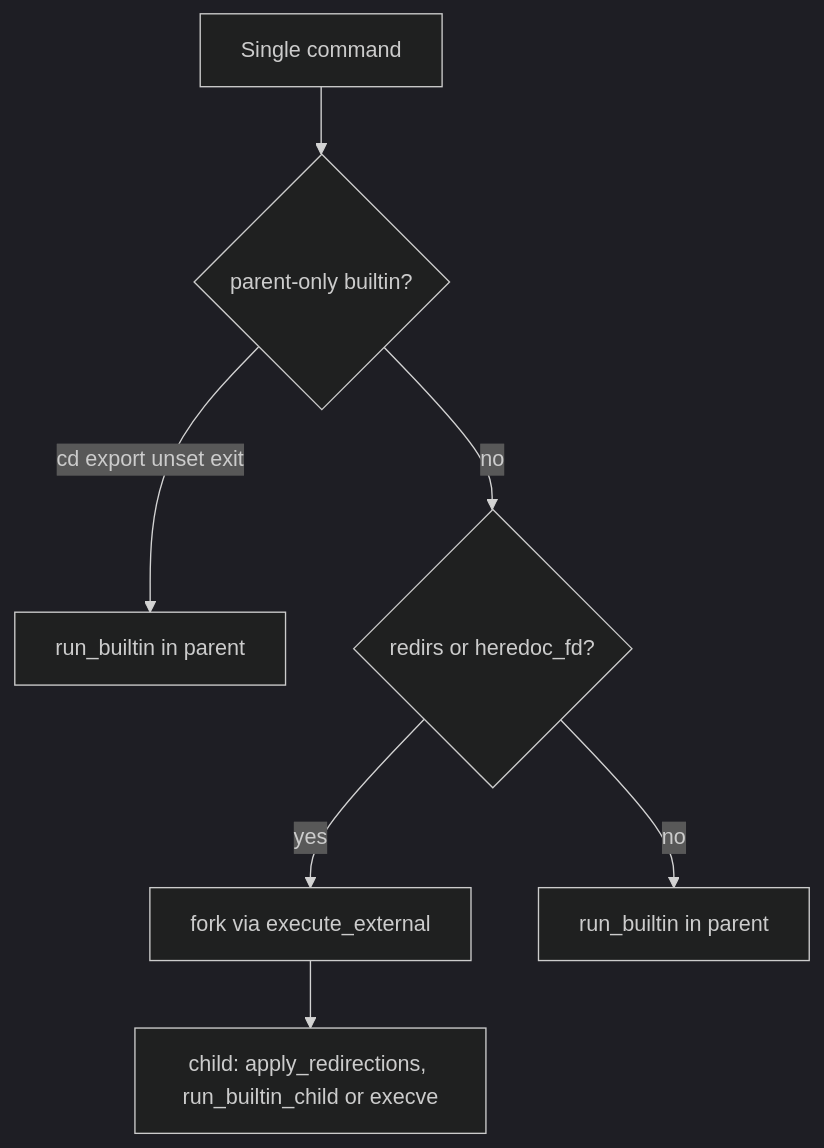
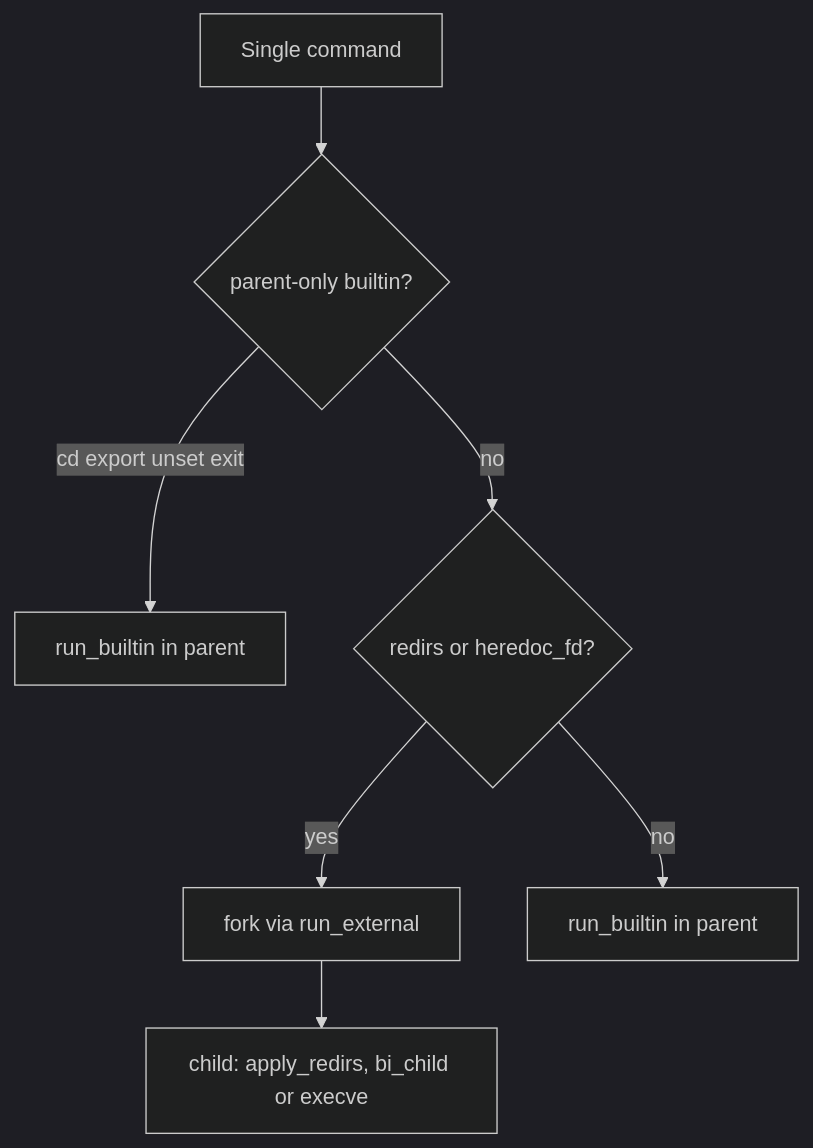
Before and after one commit to gkhavari/minishell: diagram 12 of 14 in docs/MINISHELL_ARCHITECTURE.md, drawn with Mermaid (dark theme). The commit also changed other lines of this file and 22 other files, not shown here.

````diff
--- a/docs/MINISHELL_ARCHITECTURE.md
+++ b/docs/MINISHELL_ARCHITECTURE.md
@@ -824,9 +821,9 @@
 ```mermaid
 flowchart TD
     SC[Single command] --> MT{parent-only builtin?}
     MT -->|cd export unset exit| PAR[run_builtin in parent]
     MT -->|no| RD{redirs or heredoc_fd?}
-    RD -->|yes| FK[fork via execute_external]
+    RD -->|yes| FK[fork via run_external]
     RD -->|no| PAR2[run_builtin in parent]
-    FK --> CH[child: apply_redirections, run_builtin_child or execve]
+    FK --> CH[child: apply_redirs, bi_child or execve]
 ```
````
